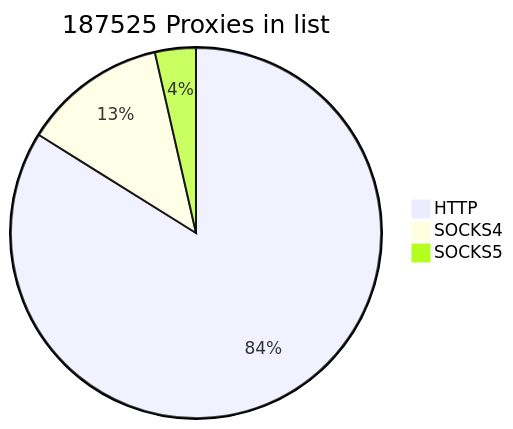
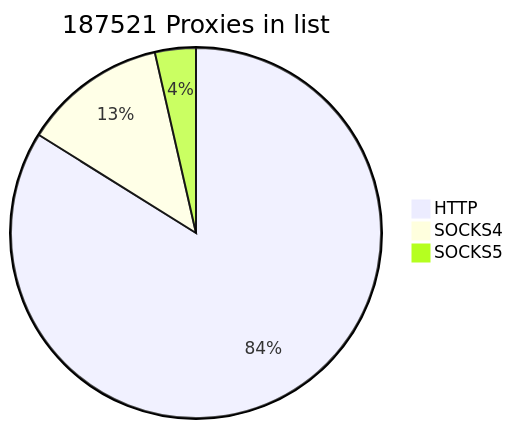
Before and after one commit to cutipu/proxylist: the first of 2 diagrams in README.md, drawn with Mermaid. The commit also changed other lines of this file, not shown here.

````diff
--- a/README.md
+++ b/README.md
@@ -2,7 +2,7 @@
 ```mermaid
-pie title 187525 Proxies in list
-    "HTTP" : 157302
-    "SOCKS4" : 23534
-    "SOCKS5" : 6689
+pie title 187521 Proxies in list
+    "HTTP" : 157299
+    "SOCKS4" : 23531
+    "SOCKS5" : 6691
             
 ```
````
